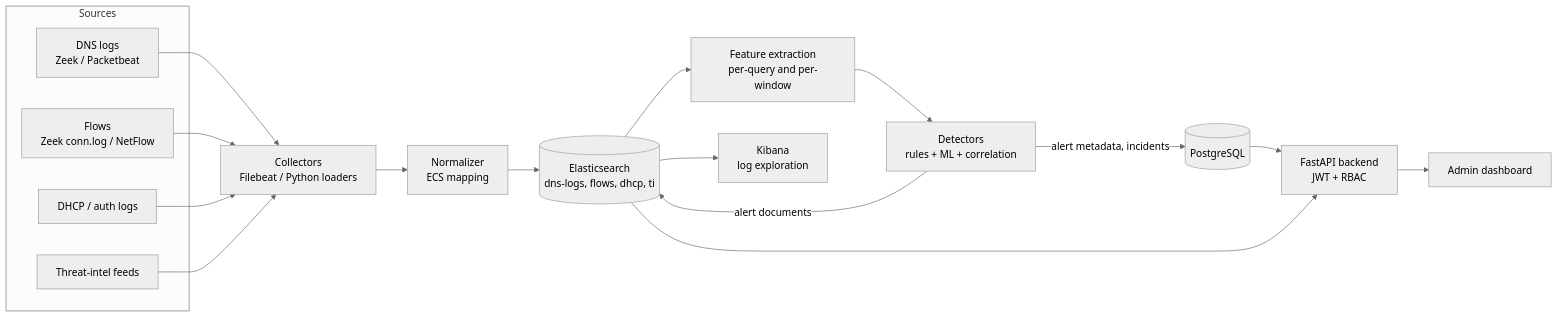
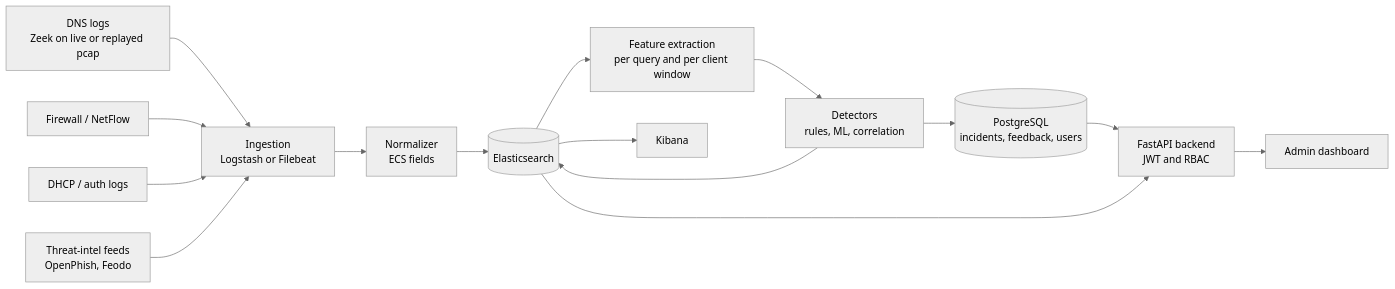
The diagram in docs/architecture.md (SirineZanina/dns-anomaly-platform), drawn with Mermaid (neutral theme) before and after one commit. The commit also changed other lines of this file and 1 other file, not shown here.

Commit message:
docs: add architecture diagram, decisions and 8-week plan

````diff
--- a/docs/architecture.md
+++ b/docs/architecture.md
@@ -7,28 +5,17 @@
 ```mermaid
 flowchart LR
-  subgraph S[Sources]
-    A["DNS logs<br/>Zeek / Packetbeat"]
-    B["Flows<br/>Zeek conn.log / NetFlow"]
-    C["DHCP / auth logs"]
-    D["Threat-intel feeds"]
-  end
-
-  A --> I["Collectors<br/>Filebeat / Python loaders"]
-  B --> I
-  C --> I
-  D --> I
-
-  I --> N["Normalizer<br/>ECS mapping"]
-  N --> ES[("Elasticsearch<br/>dns-logs, flows, dhcp, ti")]
-
-  ES --> F["Feature extraction<br/>per-query and per-window"]
-  F --> M["Detectors<br/>rules + ML + correlation"]
-
-  M -->|alert documents| ES
-  M -->|alert metadata, incidents| DB[("PostgreSQL")]
-
-  ES --> K["Kibana<br/>log exploration"]
-  DB --> API["FastAPI backend<br/>JWT + RBAC"]
+  A["DNS logs<br/>Zeek on live or replayed pcap"] --> I["Ingestion<br/>Logstash or Filebeat"]
+  B["Firewall / NetFlow"] --> I
+  C["DHCP / auth logs"] --> I
+  D["Threat-intel feeds<br/>OpenPhish, Feodo"] --> I
+  I --> N["Normalizer<br/>ECS fields"]
+  N --> ES[("Elasticsearch")]
+  ES --> F["Feature extraction<br/>per query and per client window"]
+  F --> M["Detectors<br/>rules, ML, correlation"]
+  M --> ES
+  M --> DB[("PostgreSQL<br/>incidents, feedback, users")]
+  ES --> K["Kibana"]
+  DB --> API["FastAPI backend<br/>JWT and RBAC"]
   ES --> API
   API --> UI["Admin dashboard"]
 ```
````
